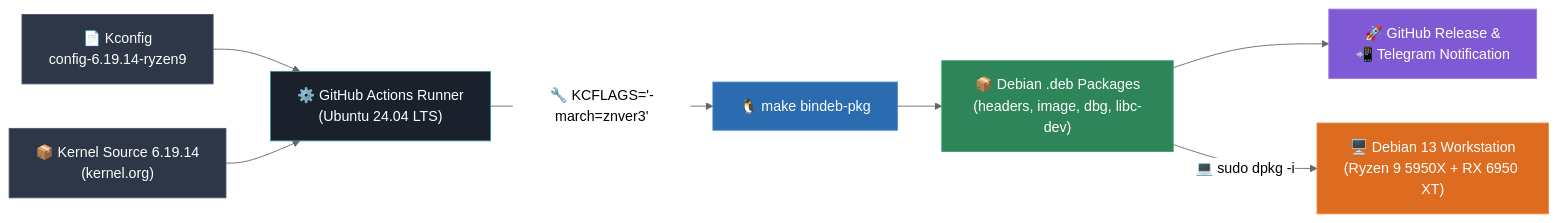
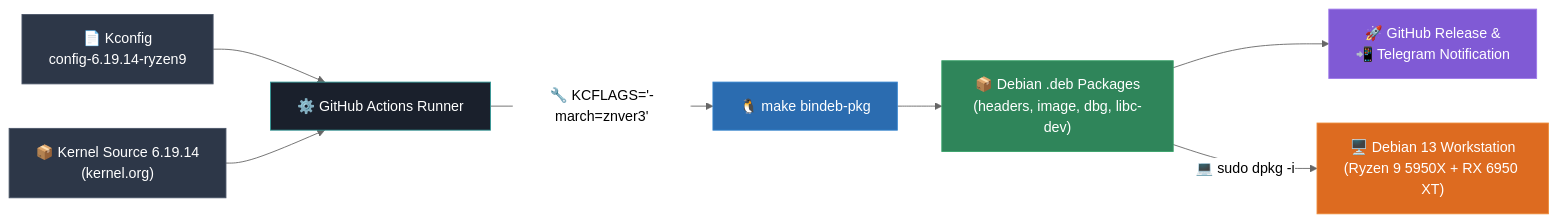
Before and after one commit to azagramac/linux-kernel: the diagram in README.md, drawn with Mermaid (neutral theme). The commit also changed other lines of this file, not shown here.

````diff
--- a/README.md
+++ b/README.md
@@ -19,17 +20,17 @@
 ```mermaid
 graph LR
-    A["📄 Kconfig<br/>config-6.19.14-ryzen9"] --> B["⚙️ GitHub Actions Runner<br/>(Ubuntu 24.04 LTS)"]
+    A["📄 Kconfig<br/>config-6.19.14-ryzen9"] --> B["⚙️ GitHub Actions Runner<br/>"]
     C["📦 Kernel Source 6.19.14<br/>(kernel.org)"] --> B
     B -->|"🔧 KCFLAGS='-march=znver3'"| D["🐧 make bindeb-pkg"]
     D --> E["📦 Debian .deb Packages<br/>(headers, image, dbg, libc-dev)"]
     E --> F["🚀 GitHub Release &<br/>📲 Telegram Notification"]
     E -->|"💻 sudo dpkg -i"| G["🖥️ Debian 13 Workstation<br/>(Ryzen 9 5950X + RX 6950 XT)"]
 
     style A fill:#2d3748,stroke:#4a5568,color:#fff
     style B fill:#1a202c,stroke:#319795,color:#fff
     style C fill:#2d3748,stroke:#4a5568,color:#fff
     style D fill:#2b6cb0,stroke:#3182ce,color:#fff
     style E fill:#2f855a,stroke:#38a169,color:#fff
     style F fill:#805ad5,stroke:#9f7aea,color:#fff
     style G fill:#dd6b20,stroke:#ed8936,color:#fff
 ```
````
